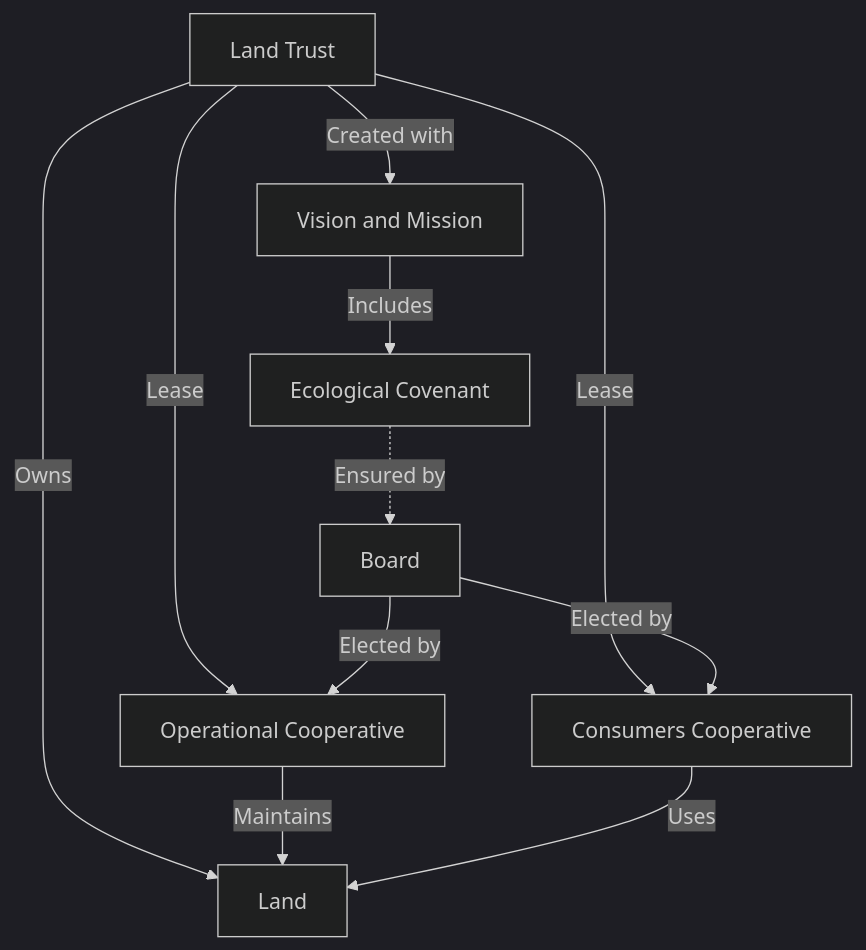
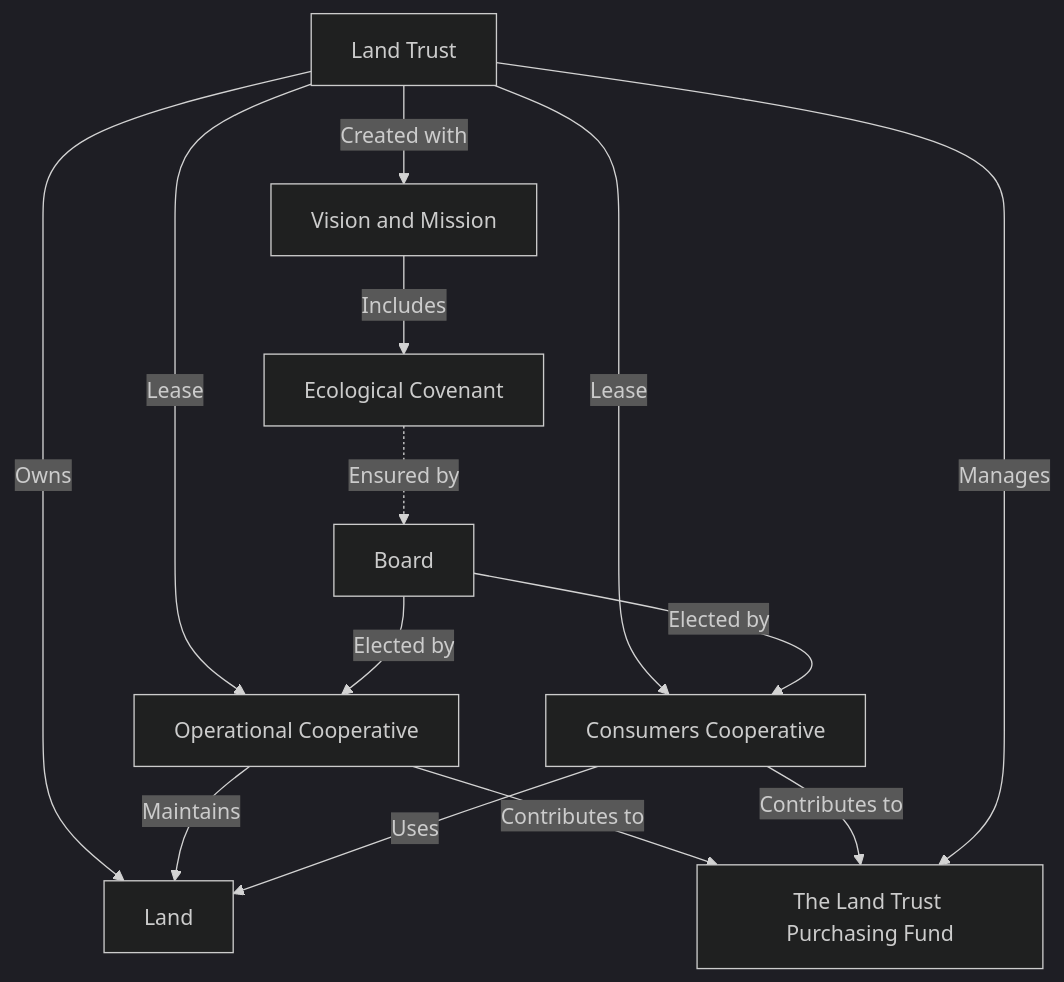
The second of 2 diagrams in README.md (BucketHarmony/CowStructure), drawn with Mermaid (dark theme) before and after one commit. The commit also changed other lines of this file, not shown here.

`````diff
--- a/README.md
+++ b/README.md
@@ -46,13 +46,16 @@
 ```mermaid
 graph TD;
     LandTrust[Land Trust] -->|Owns| Land[Land];
     LandTrust -->|Lease| OperationalCoop[Operational Cooperative];
     LandTrust -->|Lease| ConsumersCoop[Consumers Cooperative];
     OperationalCoop -->|Maintains| Land;
     ConsumersCoop -->|Uses| Land;
     LandTrust -->|Created with| VisionMission[Vision and Mission];
     VisionMission -->|Includes| EcologicalCovenant[Ecological Covenant];
     EcologicalCovenant -.->|Ensured by| Board;
     Board -->|Elected by| OperationalCoop;
     Board -->|Elected by| ConsumersCoop;
+    OperationalCoop -->|Contributes to| LandTrustFund[The Land Trust Purchasing Fund];
+    ConsumersCoop -->|Contributes to| LandTrustFund[The Land Trust Purchasing Fund];
+    LandTrust -->|Manages| LandTrustFund[The Land Trust Purchasing Fund];
 ````
`````
